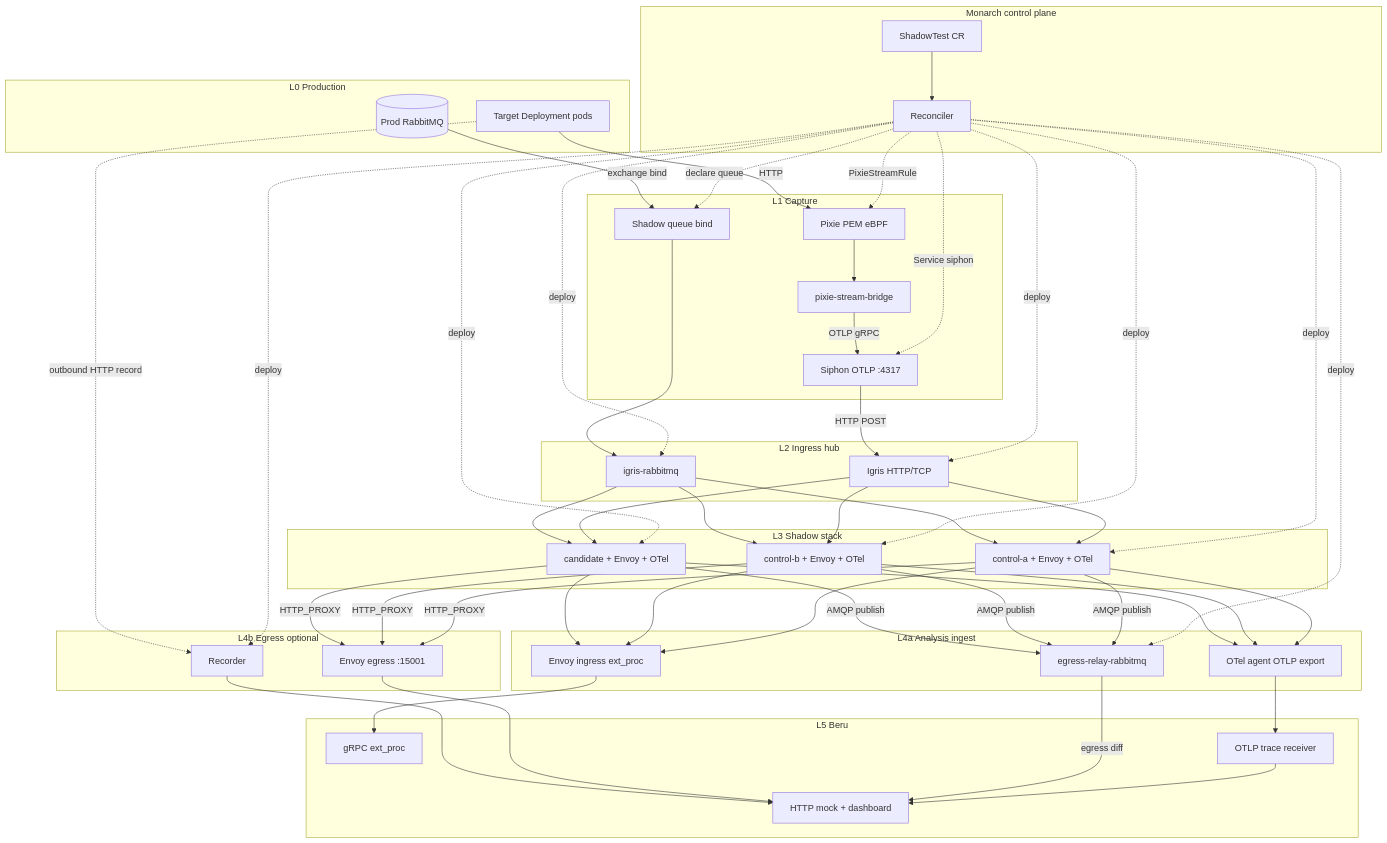
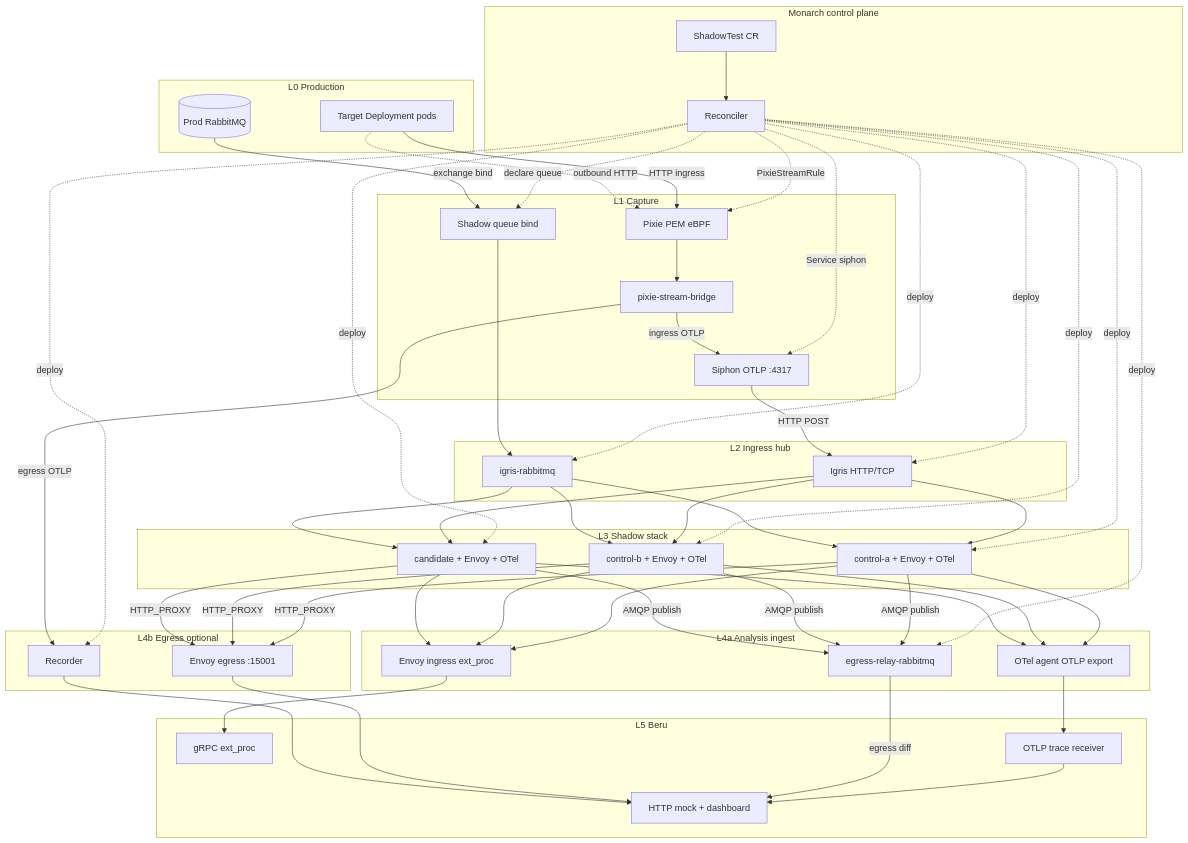
Before and after one commit to nederrgo/shadow-diff: the second of 5 diagrams in docs/architecture/ARCHITECTURE.md, drawn with Mermaid. The commit also changed other lines of this file and 5 other files, not shown here.

````diff
--- a/docs/architecture/ARCHITECTURE.md
+++ b/docs/architecture/ARCHITECTURE.md
@@ -185,10 +196,11 @@
   M -.->|deploy| Rec
   M -.->|deploy| EgrRelay
 
-  ProdPod -->|HTTP| Pixie
+  ProdPod -->|HTTP ingress| Pixie
   Pixie --> Bridge
-  Bridge -->|OTLP gRPC| Siphon
+  Bridge -->|ingress OTLP| Siphon
   Siphon -->|HTTP POST| IgrisHTTP
+  Bridge -->|egress OTLP| Rec
   ProdBroker -->|exchange bind| RMQBind
   RMQBind --> IgrisRMQ
 
@@ -218,6 +230,6 @@
   C -->|HTTP_PROXY| EgrEnv
   EgrEnv --> BeruHTTP
 
-  ProdPod -.->|outbound HTTP record| Rec
+  ProdPod -.->|outbound HTTP| Pixie
   Rec --> BeruHTTP
 ```
````
